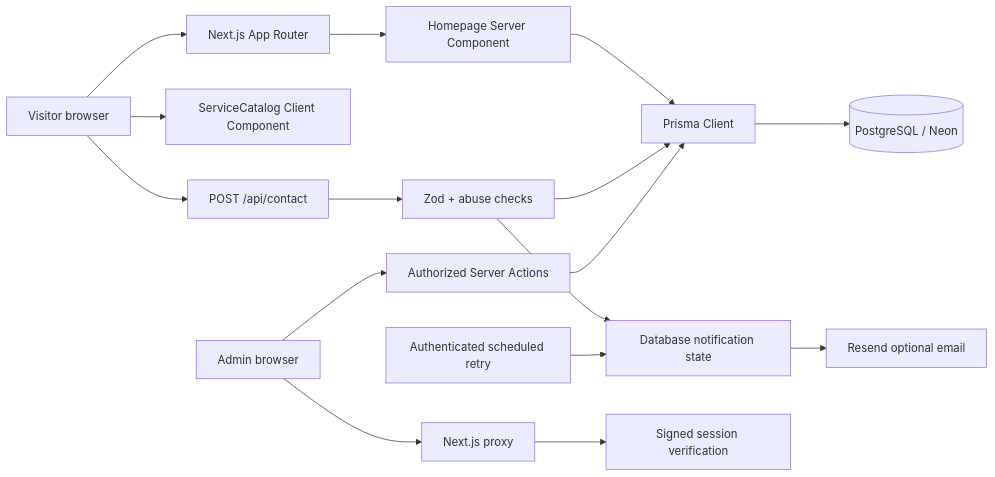
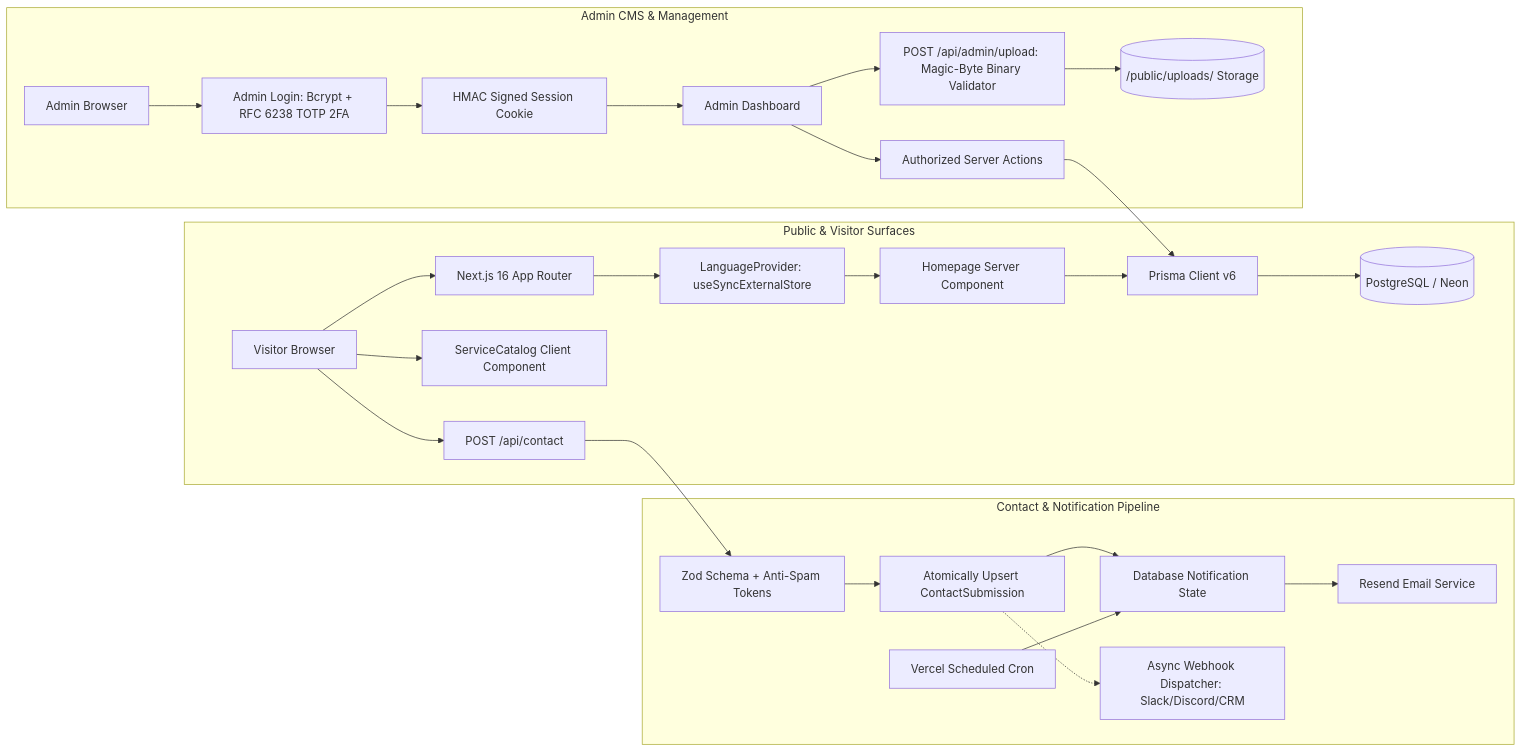
One commit to MasRizqi07/dibimbing-fwd changed the diagram in Architecture.md. Above: the diagram before and after it, drawn with Mermaid. The commit also changed other lines of this file and 16 other files, not shown here.

First line of the commit message:
feat: Implement image upload functionality in ProjectForm component

````diff
--- a/Architecture.md
+++ b/Architecture.md
@@ -7,18 +7,31 @@
 ```mermaid
 flowchart LR
-  Browser[Visitor browser] --> Next[Next.js App Router]
-  Next --> RSC[Homepage Server Component]
-  RSC --> Prisma[Prisma Client]
-  Prisma --> DB[(PostgreSQL / Neon)]
-  Browser --> Catalog[ServiceCatalog Client Component]
-  Browser --> Contact[POST /api/contact]
-  Contact --> Validate[Zod + abuse checks]
-  Validate --> Prisma
-  Validate --> Outbox[Database notification state]
-  Cron[Authenticated scheduled retry] --> Outbox
-  Outbox --> Resend[Resend optional email]
-  Admin[Admin browser] --> Proxy[Next.js proxy]
-  Proxy --> Session[Signed session verification]
-  Admin --> Actions[Authorized Server Actions]
-  Actions --> Prisma
+  subgraph Public_Surfaces [Public & Visitor Surfaces]
+    Browser[Visitor Browser] --> Next[Next.js 16 App Router]
+    Next --> i18n[LanguageProvider: useSyncExternalStore]
+    i18n --> RSC[Homepage Server Component]
+    RSC --> Prisma[Prisma Client v6]
+    Prisma --> DB[(PostgreSQL / Neon)]
+    Browser --> Catalog[ServiceCatalog Client Component]
+    Browser --> Contact[POST /api/contact]
+  end
+
+  subgraph Ingestion_Pipeline [Contact & Notification Pipeline]
+    Contact --> Validate[Zod Schema + Anti-Spam Tokens]
+    Validate --> DBWrite[Atomically Upsert ContactSubmission]
+    DBWrite --> Outbox[Database Notification State]
+    DBWrite -.-> Webhook[Async Webhook Dispatcher: Slack/Discord/CRM]
+    Cron[Vercel Scheduled Cron] --> Outbox
+    Outbox --> Resend[Resend Email Service]
+  end
+
+  subgraph Admin_Surfaces [Admin CMS & Management]
+    Admin[Admin Browser] --> Login[Admin Login: Bcrypt + RFC 6238 TOTP 2FA]
+    Login --> Session[HMAC Signed Session Cookie]
+    Session --> CMS[Admin Dashboard]
+    CMS --> Actions[Authorized Server Actions]
+    Actions --> Prisma
+    CMS --> Upload[POST /api/admin/upload: Magic-Byte Binary Validator]
+    Upload --> Disk[(/public/uploads/ Storage)]
+  end
 ```
````
